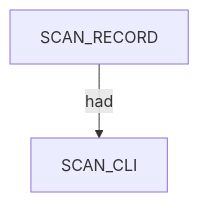
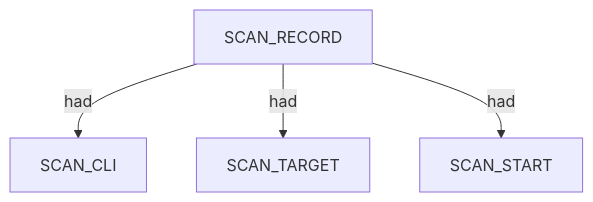
Before and after one commit to brettforbes/spiderfeet: the first of 3 diagrams in .docs/docs-for-cli-tools/nugget_structure/nerva_nugget_graph_structure.md, drawn with Mermaid. The commit also changed other lines of this file and 56 other files, not shown here.

````diff
--- a/.docs/docs-for-cli-tools/nugget_structure/nerva_nugget_graph_structure.md
+++ b/.docs/docs-for-cli-tools/nugget_structure/nerva_nugget_graph_structure.md
@@ -25,6 +15,10 @@
 ```mermaid
 flowchart TD
-  scan["SCAN_RECORD"]
-  cli["SCAN_CLI"]
-  scan -->|had| cli
+  scan_record_1["SCAN_RECORD"]
+  scan_cli_2["SCAN_CLI"]
+  scan_target_3["SCAN_TARGET"]
+  scan_start_4["SCAN_START"]
+  scan_record_1 -->|had| scan_cli_2
+  scan_record_1 -->|had| scan_target_3
+  scan_record_1 -->|had| scan_start_4
 ```
````
